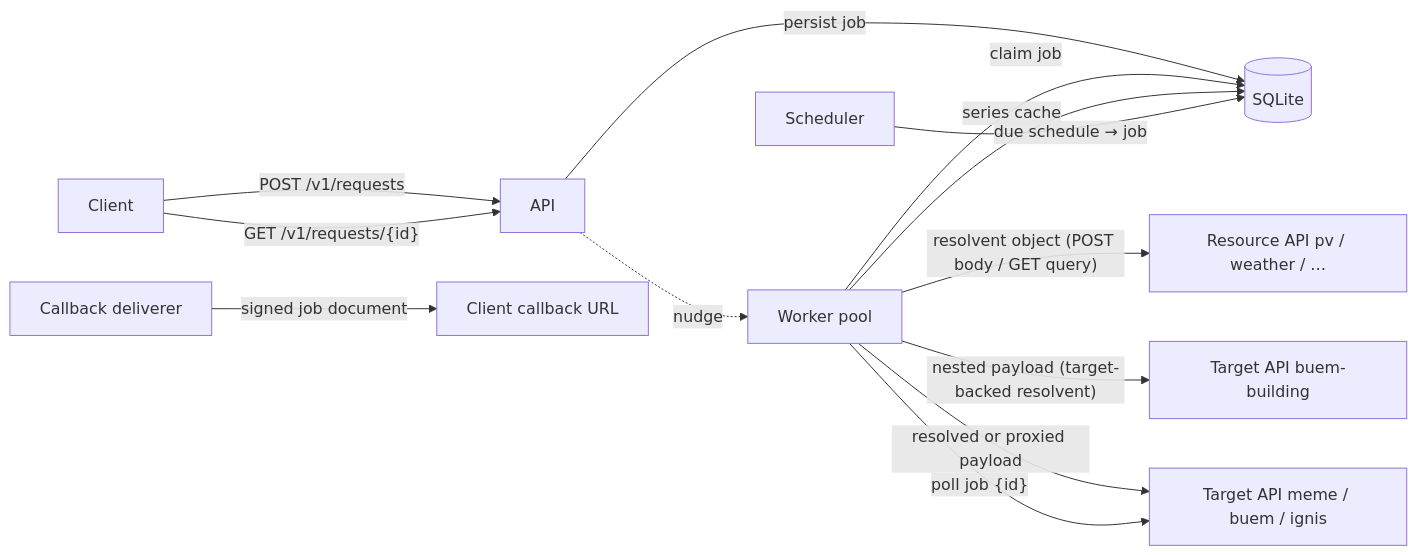
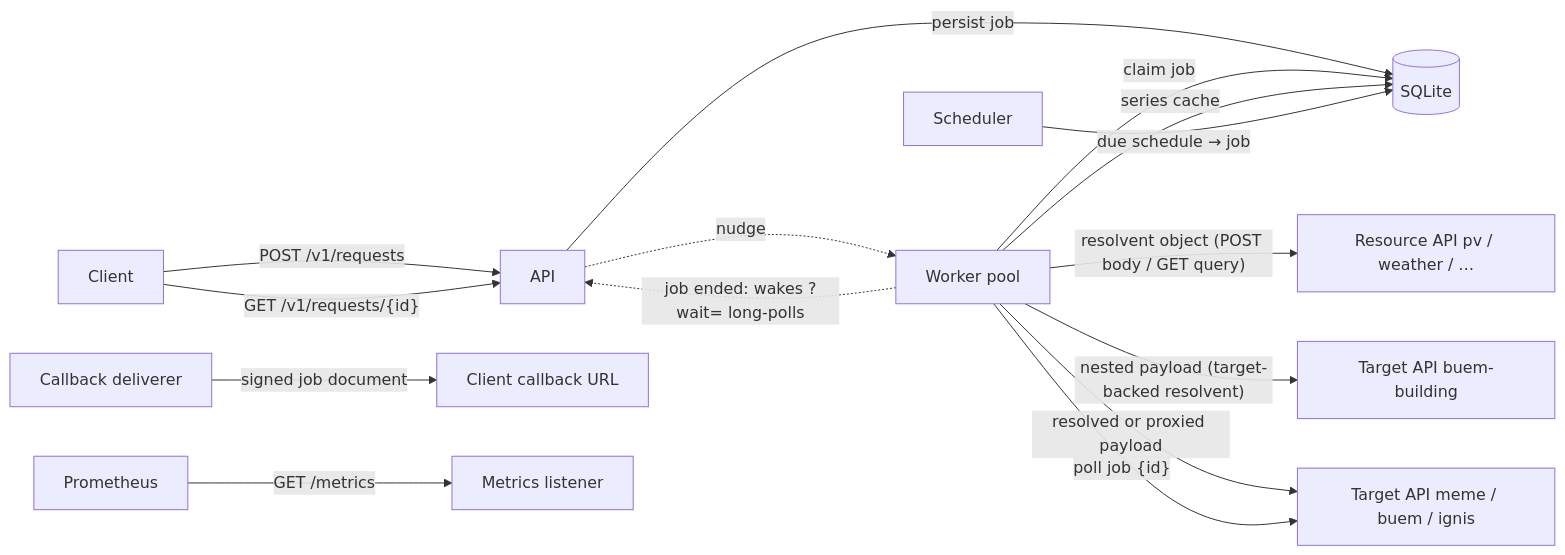
Before and after one commit to enerplanet/TentaCron: the first of 2 diagrams in docs/architecture.md, drawn with Mermaid. The commit also changed other lines of this file, not shown here.

First line of the commit message:
docs(architecture): describe the operability that shipped

````diff
--- a/docs/architecture.md
+++ b/docs/architecture.md
@@ -9,15 +9,17 @@
 ```mermaid
 flowchart LR
     C[Client] -->|"POST /v1/requests"| A[API]
     C -->|"GET /v1/requests/{id}"| A
     A -->|persist job| DB[(SQLite)]
     A -.nudge.-> W[Worker pool]
     W -->|claim job| DB
     W -->|"resolvent object (POST body / GET query)"| R1[Resource API pv / weather / …]
     W -->|"nested payload (target-backed resolvent)"| T2[Target API buem-building]
     W -->|resolved or proxied payload| T[Target API meme / buem / ignis]
     W -->|"poll job {id}"| T
     W -->|series cache| DB
     S[Scheduler] -->|"due schedule → job"| DB
     D[Callback deliverer] -->|"signed job document"| CB[Client callback URL]
+    W -.->|"job ended: wakes ?wait= long-polls"| A
+    P[Prometheus] -->|"GET /metrics"| M[Metrics listener]
 ```
````
